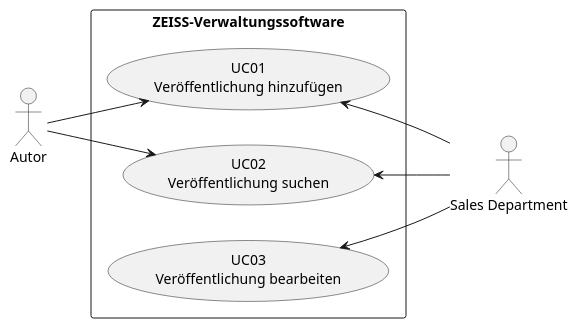
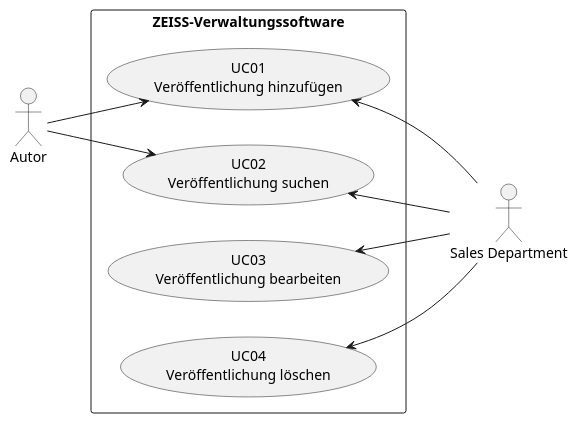
Before and after one commit to jonashoelzel/ZEISS_Verwaltungssystem: the diagram in docs/requirements/plantuml/use-case_diagram.puml, drawn with PlantUML. The commit also changed 3 other files, not shown here.

```diff
--- a/docs/requirements/plantuml/use-case_diagram.puml
+++ b/docs/requirements/plantuml/use-case_diagram.puml
@@ -1,19 +1,21 @@
 @startuml example-usecase-diagram
 
 left to right direction
 actor Autor as a
 actor :Sales Department: as sd
 
 rectangle "ZEISS-Verwaltungssoftware" {
     (UC01\nVeröffentlichung hinzufügen) as (UC1)
     (UC02\nVeröffentlichung suchen) as (UC2)
     (UC03\nVeröffentlichung bearbeiten) as (UC3)
+    (UC04\nVeröffentlichung löschen) as (UC4)
 }
 
 a --> (UC1)
 a --> (UC2)
 (UC1) <-- sd
 (UC2) <-- sd
 (UC3) <-- sd
+(UC4) <-- sd
 
 @enduml
```
